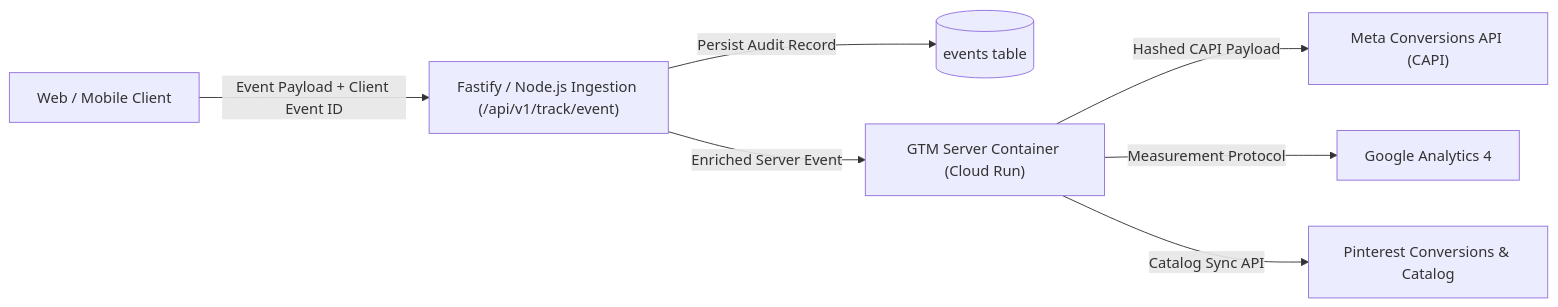
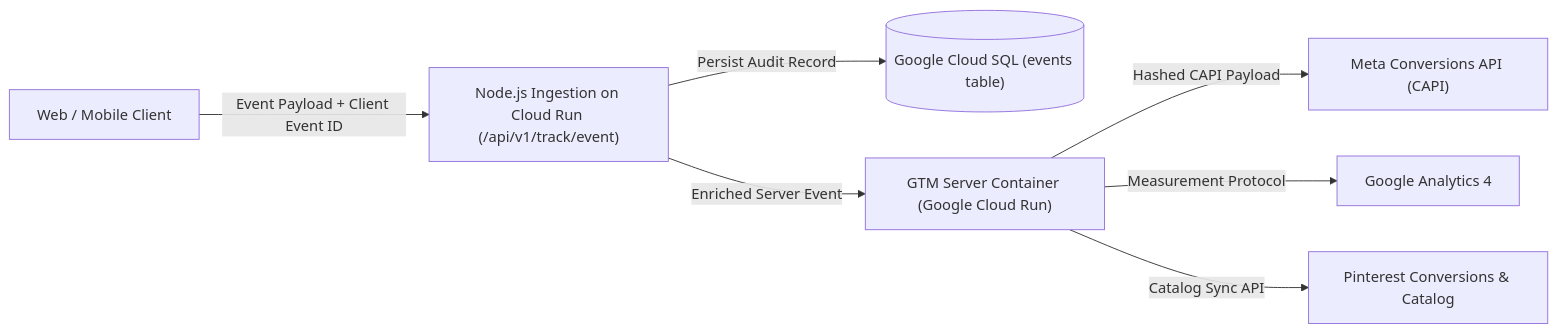
One commit to QalaLabs/aumveda-website changed the fourth of 5 diagrams in AUMVEDA_MASTER_PRD_v4.md. Above: the diagram before and after it, drawn with Mermaid. The commit also changed other lines of this file and 73 other files, not shown here.

````diff
--- a/AUMVEDA_MASTER_PRD_v4.md
+++ b/AUMVEDA_MASTER_PRD_v4.md
@@ -855,9 +1005,9 @@
 ```mermaid
 graph LR
-    Client["Web / Mobile Client"] -->|Event Payload + Client Event ID| API["Fastify / Node.js Ingestion (/api/v1/track/event)"]
-    API -->|Persist Audit Record| DB[("events table")]
-    API -->|Enriched Server Event| GTM["GTM Server Container (Cloud Run)"]
+    Client["Web / Mobile Client"] -->|Event Payload + Client Event ID| API["Node.js Ingestion on Cloud Run (/api/v1/track/event)"]
+    API -->|Persist Audit Record| DB[("Google Cloud SQL (events table)")]
+    API -->|Enriched Server Event| GTM["GTM Server Container (Google Cloud Run)"]
     GTM -->|Hashed CAPI Payload| Meta["Meta Conversions API (CAPI)"]
     GTM -->|Measurement Protocol| GA4["Google Analytics 4"]
     GTM -->|Catalog Sync API| Pinterest["Pinterest Conversions & Catalog"]
 ```
````
